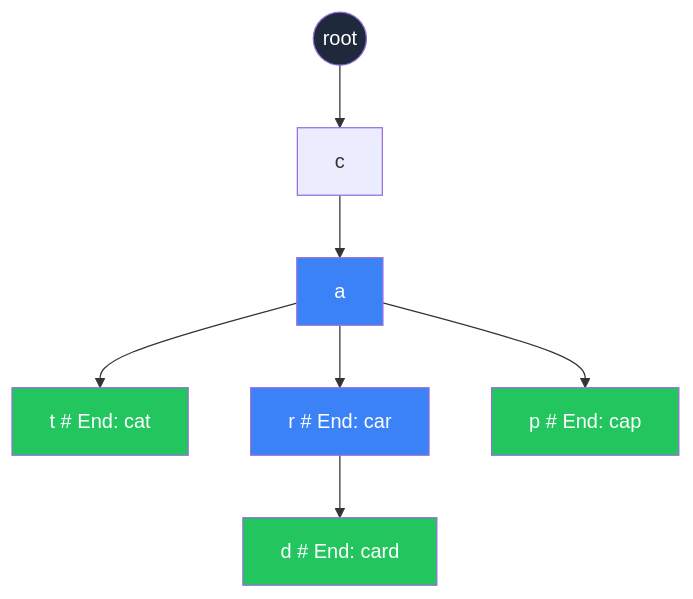
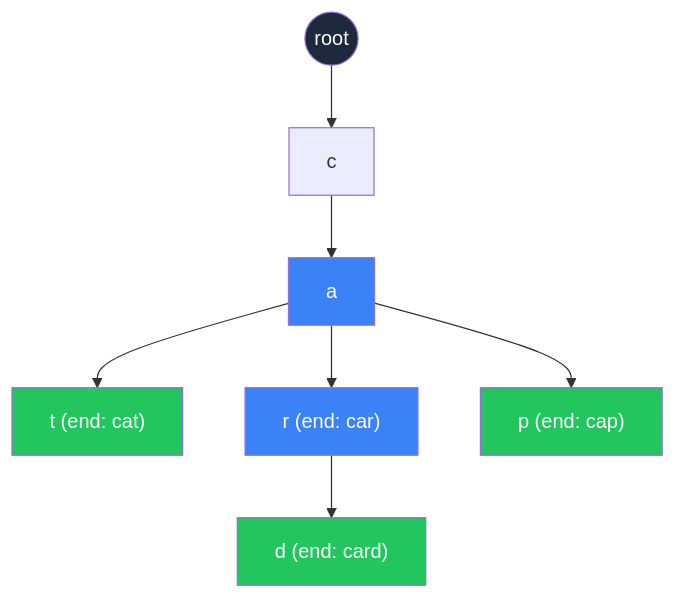
Before and after one commit to masudranaxpert/flowdesk: the diagram in src/data/docs/chapters/dsa/trie.md, drawn with Mermaid. The commit also changed 4 other files, not shown here.

Commit message:
fix: update mermaid diagrams in DSA documentation to use HTML entities...

````diff
--- a/src/data/docs/chapters/dsa/trie.md
+++ b/src/data/docs/chapters/dsa/trie.md
@@ -11,16 +11,16 @@
 ```mermaid
 graph TD
     R((root)) --> C[c]
     C --> A[a]
-    A --> T1[t # End: cat]
-    A --> R1[r # End: car]
-    R1 --> D[d # End: card]
-    A --> P1[p # End: cap]
+    A --> T1["t (end: cat)"]
+    A --> R1["r (end: car)"]
+    R1 --> D["d (end: card)"]
+    A --> P1["p (end: cap)"]
 
     style R fill:#1e293b,color:#fff
     style A fill:#3b82f6,color:#fff
     style T1 fill:#22c55e,color:#fff
     style R1 fill:#3b82f6,color:#fff
     style D fill:#22c55e,color:#fff
     style P1 fill:#22c55e,color:#fff
 ```
````
